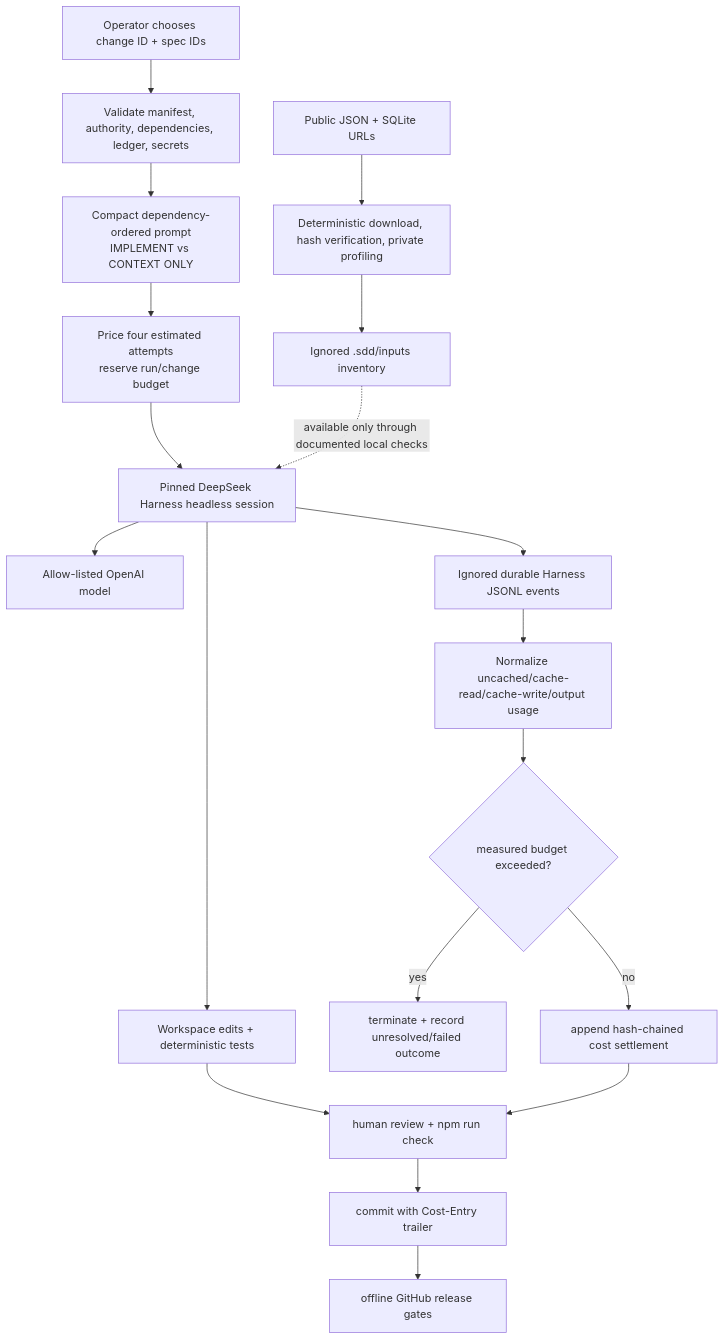
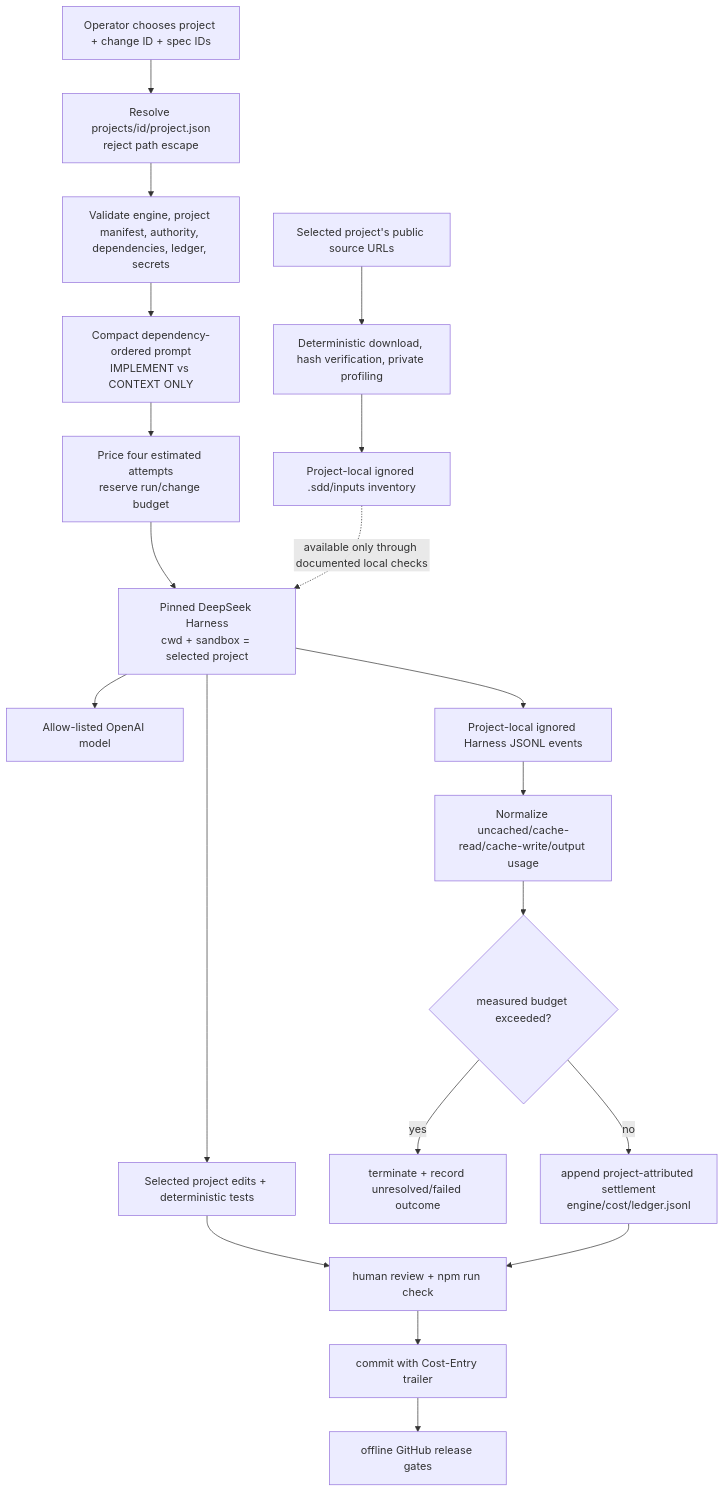
The sixth of 6 diagrams in README.md (sergiofigueras/vtex-coding-challenge), drawn with Mermaid before and after one commit. The commit also changed other lines of this file and 81 other files, not shown here.

First line of the commit message:
Extract reusable multi-project SDD engine

````diff
--- a/README.md
+++ b/README.md
@@ -168,21 +201,22 @@
 ```mermaid
 flowchart TD
-  USER["Operator chooses change ID + spec IDs"] --> VALIDATE["Validate manifest, authority, dependencies, ledger, secrets"]
-  SOURCES["Public JSON + SQLite URLs"] --> INGEST["Deterministic download, hash verification, private profiling"]
-  INGEST --> PRIVATE["Ignored .sdd/inputs inventory"]
+  USER["Operator chooses project + change ID + spec IDs"] --> SELECT["Resolve projects/id/project.json<br/>reject path escape"]
+  SELECT --> VALIDATE["Validate engine, project manifest, authority, dependencies, ledger, secrets"]
+  SOURCES["Selected project's public source URLs"] --> INGEST["Deterministic download, hash verification, private profiling"]
+  INGEST --> PRIVATE["Project-local ignored .sdd/inputs inventory"]
   VALIDATE --> PROMPT["Compact dependency-ordered prompt<br/>IMPLEMENT vs CONTEXT ONLY"]
   PROMPT --> RESERVE["Price four estimated attempts<br/>reserve run/change budget"]
-  RESERVE --> DSH["Pinned DeepSeek Harness headless session"]
+  RESERVE --> DSH["Pinned DeepSeek Harness<br/>cwd + sandbox = selected project"]
   PRIVATE -.->|"available only through documented local checks"| DSH
   DSH --> OPENAI["Allow-listed OpenAI model"]
-  DSH --> WORKTREE["Workspace edits + deterministic tests"]
-  DSH --> EVENTS["Ignored durable Harness JSONL events"]
+  DSH --> WORKTREE["Selected project edits + deterministic tests"]
+  DSH --> EVENTS["Project-local ignored Harness JSONL events"]
   EVENTS --> METER["Normalize uncached/cache-read/cache-write/output usage"]
   METER --> GATE{"measured budget exceeded?"}
   GATE -->|yes| STOP["terminate + record unresolved/failed outcome"]
-  GATE -->|no| SETTLE["append hash-chained cost settlement"]
+  GATE -->|no| SETTLE["append project-attributed settlement<br/>engine/cost/ledger.jsonl"]
   WORKTREE --> REVIEW["human review + npm run check"]
   SETTLE --> REVIEW
   REVIEW --> COMMIT["commit with Cost-Entry trailer"]
   COMMIT --> CI["offline GitHub release gates"]
 ```
````
